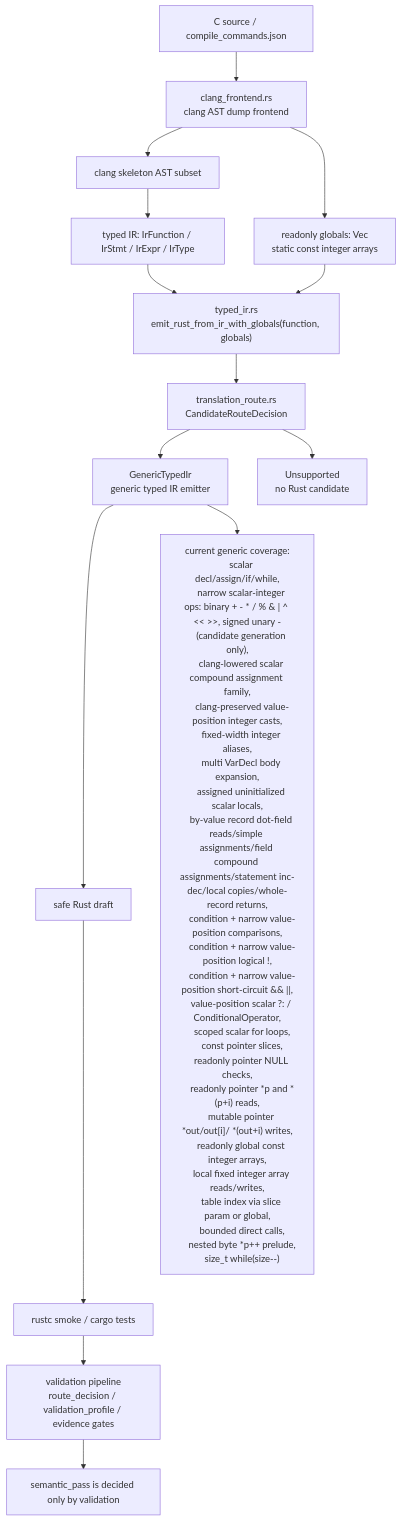
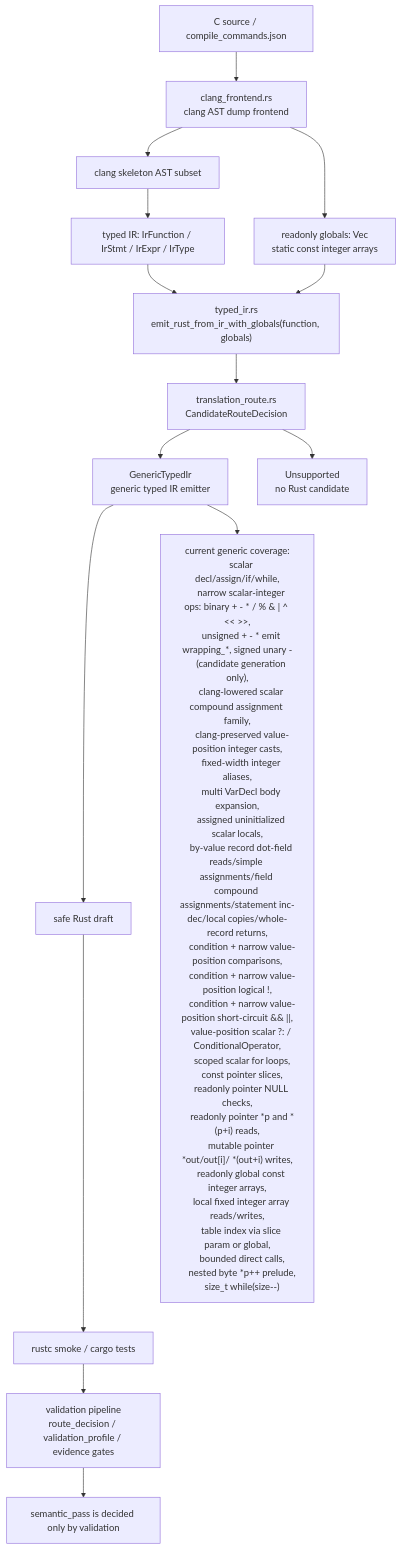
The diagram in docs/c2rust-migration-agent/core-translation-architecture.en.md (guoqihan342-svg/c-to-rust), drawn with Mermaid before and after one commit. The commit also changed other lines of this file and 11 other files, not shown here.

Commit message:
fix: emit wrapping unsigned arithmetic

````diff
--- a/docs/c2rust-migration-agent/core-translation-architecture.en.md
+++ b/docs/c2rust-migration-agent/core-translation-architecture.en.md
@@ -7,42 +7,43 @@
 ```mermaid
 flowchart TD
     C["C source / compile_commands.json"] --> Clang["clang_frontend.rs<br/>clang AST dump frontend"]
     Clang --> Skeleton["clang skeleton AST subset"]
     Skeleton --> IR["typed IR: IrFunction / IrStmt / IrExpr / IrType"]
     Clang --> Globals["readonly globals: Vec<IrGlobal><br/>static const integer arrays"]
     IR --> EmitCtx["typed_ir.rs<br/>emit_rust_from_ir_with_globals(function, globals)"]
     Globals --> EmitCtx
     EmitCtx --> RouteMeta["translation_route.rs<br/>CandidateRouteDecision"]
     RouteMeta --> Generic["GenericTypedIr<br/>generic typed IR emitter"]
     RouteMeta --> Unsupported["Unsupported<br/>no Rust candidate"]
     Generic --> Rust["safe Rust draft"]
     Rust --> Rustc["rustc smoke / cargo tests"]
     Rustc --> Validation["validation pipeline<br/>route_decision / validation_profile / evidence gates"]
 
     Generic --> Supported["current generic coverage:
     scalar decl/assign/if/while,
-    narrow scalar-integer ops: binary + - * / % & | ^ << >>, signed unary -
+    narrow scalar-integer ops: binary + - * / % & | ^ << >>,
+    unsigned + - * emit wrapping_*, signed unary -
     (candidate generation only),
     clang-lowered scalar compound assignment family,
     clang-preserved value-position integer casts,
     fixed-width integer aliases,
     multi VarDecl body expansion,
     assigned uninitialized scalar locals,
     by-value record dot-field reads/simple assignments/field compound assignments/statement inc-dec/local copies/whole-record returns,
     condition + narrow value-position comparisons,
     condition + narrow value-position logical !,
     condition + narrow value-position short-circuit && ||,
     value-position scalar ?: / ConditionalOperator,
     scoped scalar for loops,
     const pointer slices,
     readonly pointer NULL checks,
     readonly pointer *p and *(p+i) reads,
     mutable pointer *out/out[i]/ *(out+i) writes,
     readonly global const integer arrays,
     local fixed integer array reads/writes,
     table index via slice param or global,
     bounded direct calls,
     nested byte *p++ prelude,
     size_t while(size--)"]
     Validation --> Semantic["semantic_pass is decided only by validation"]
 ```
````
